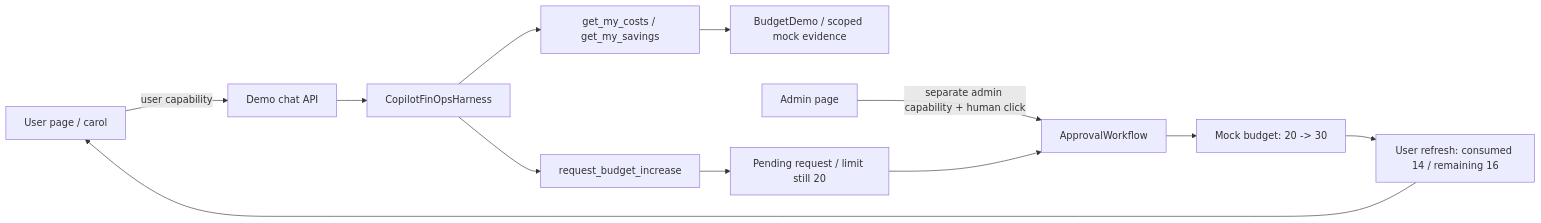
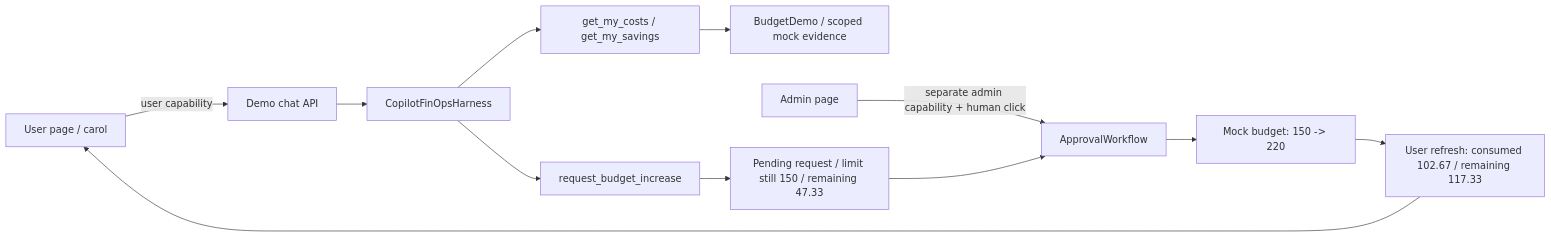
The second of 3 diagrams in docs/architecture.md (Kenblair1226/devdays26-agent-workshop), drawn with Mermaid before and after one commit. The commit also changed other lines of this file and 39 other files, not shown here.

````diff
--- a/docs/architecture.md
+++ b/docs/architecture.md
@@ -39,14 +41,14 @@
 ```mermaid
 flowchart LR
     U["User page / carol"] -->|"user capability"| ChatAPI["Demo chat API"]
     ChatAPI --> H["CopilotFinOpsHarness"]
     H --> T["get_my_costs / get_my_savings"]
     H --> R["request_budget_increase"]
     T --> D["BudgetDemo / scoped mock evidence"]
-    R --> P["Pending request / limit still 20"]
+    R --> P["Pending request / limit still 150 / remaining 47.33"]
     A["Admin page"] -->|"separate admin capability + human click"| Approve["ApprovalWorkflow"]
     P --> Approve
-    Approve --> M["Mock budget: 20 -> 30"]
-    M --> Refresh["User refresh: consumed 14 / remaining 16"]
+    Approve --> M["Mock budget: 150 -> 220"]
+    M --> Refresh["User refresh: consumed 102.67 / remaining 117.33"]
     Refresh --> U
 ```
````
